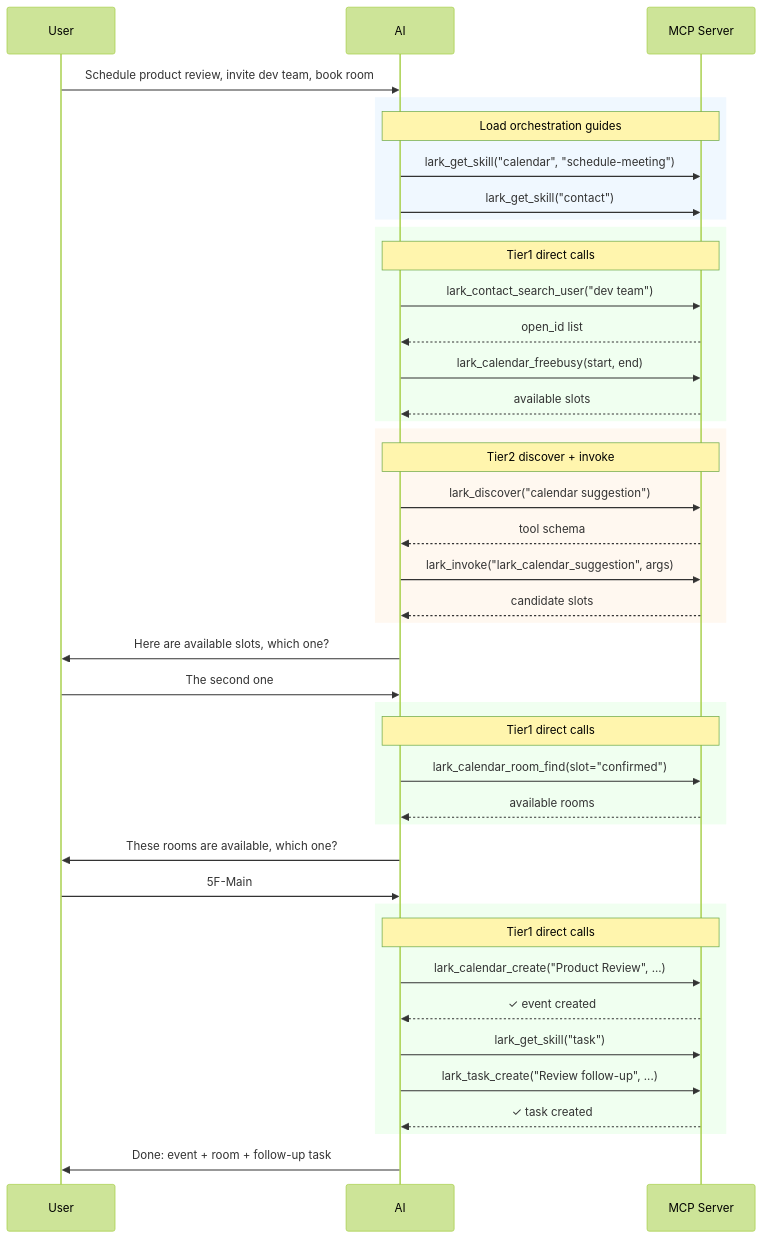
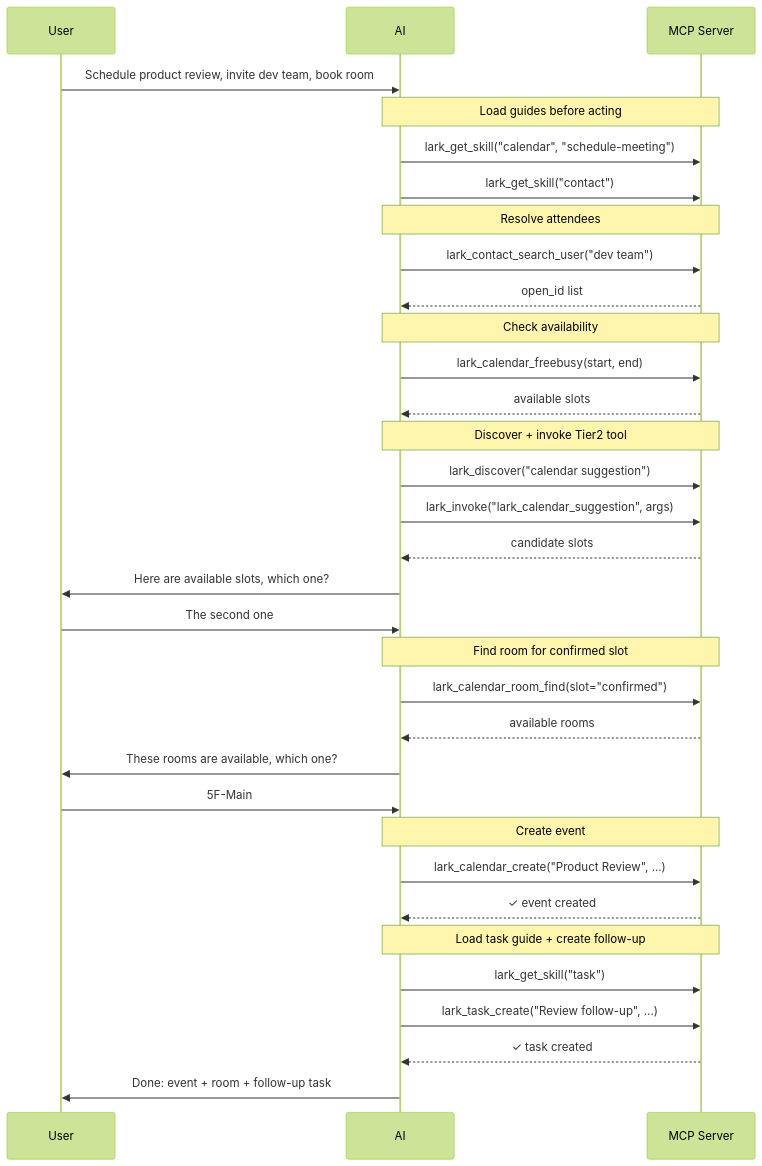
The second of 2 diagrams in README.md (ddpie/lark-mcp-on-agentcore), drawn with Mermaid (forest theme) before and after one commit. The commit also changed other lines of this file, not shown here.

Commit message:
docs: separate lark_get_skill(task) into its own guide-loading rect

````diff
--- a/README.md
+++ b/README.md
@@ -374,53 +357,36 @@
 ```mermaid
 sequenceDiagram
     participant U as User
     participant AI
     participant MCP as MCP Server
 
     U->>AI: Schedule product review, invite dev team, book room
-
-    rect rgb(240, 248, 255)
-    Note over AI,MCP: Load orchestration guides
+    Note over AI,MCP: Load guides before acting
     AI->>MCP: lark_get_skill("calendar", "schedule-meeting")
     AI->>MCP: lark_get_skill("contact")
-    end
-
-    rect rgb(240, 255, 240)
-    Note over AI,MCP: Tier1 direct calls
+    Note over AI,MCP: Resolve attendees
     AI->>MCP: lark_contact_search_user("dev team")
     MCP-->>AI: open_id list
+    Note over AI,MCP: Check availability
     AI->>MCP: lark_calendar_freebusy(start, end)
     MCP-->>AI: available slots
-    end
-
-    rect rgb(255, 248, 240)
-    Note over AI,MCP: Tier2 discover + invoke
+    Note over AI,MCP: Discover + invoke Tier2 tool
     AI->>MCP: lark_discover("calendar suggestion")
-    MCP-->>AI: tool schema
     AI->>MCP: lark_invoke("lark_calendar_suggestion", args)
     MCP-->>AI: candidate slots
-    end
-
     AI->>U: Here are available slots, which one?
     U->>AI: The second one
-
-    rect rgb(240, 255, 240)
-    Note over AI,MCP: Tier1 direct calls
+    Note over AI,MCP: Find room for confirmed slot
     AI->>MCP: lark_calendar_room_find(slot="confirmed")
     MCP-->>AI: available rooms
-    end
-
     AI->>U: These rooms are available, which one?
     U->>AI: 5F-Main
-
-    rect rgb(240, 255, 240)
-    Note over AI,MCP: Tier1 direct calls
+    Note over AI,MCP: Create event
     AI->>MCP: lark_calendar_create("Product Review", ...)
     MCP-->>AI: ✓ event created
+    Note over AI,MCP: Load task guide + create follow-up
     AI->>MCP: lark_get_skill("task")
     AI->>MCP: lark_task_create("Review follow-up", ...)
     MCP-->>AI: ✓ task created
-    end
-
     AI->>U: Done: event + room + follow-up task
 ```
````
